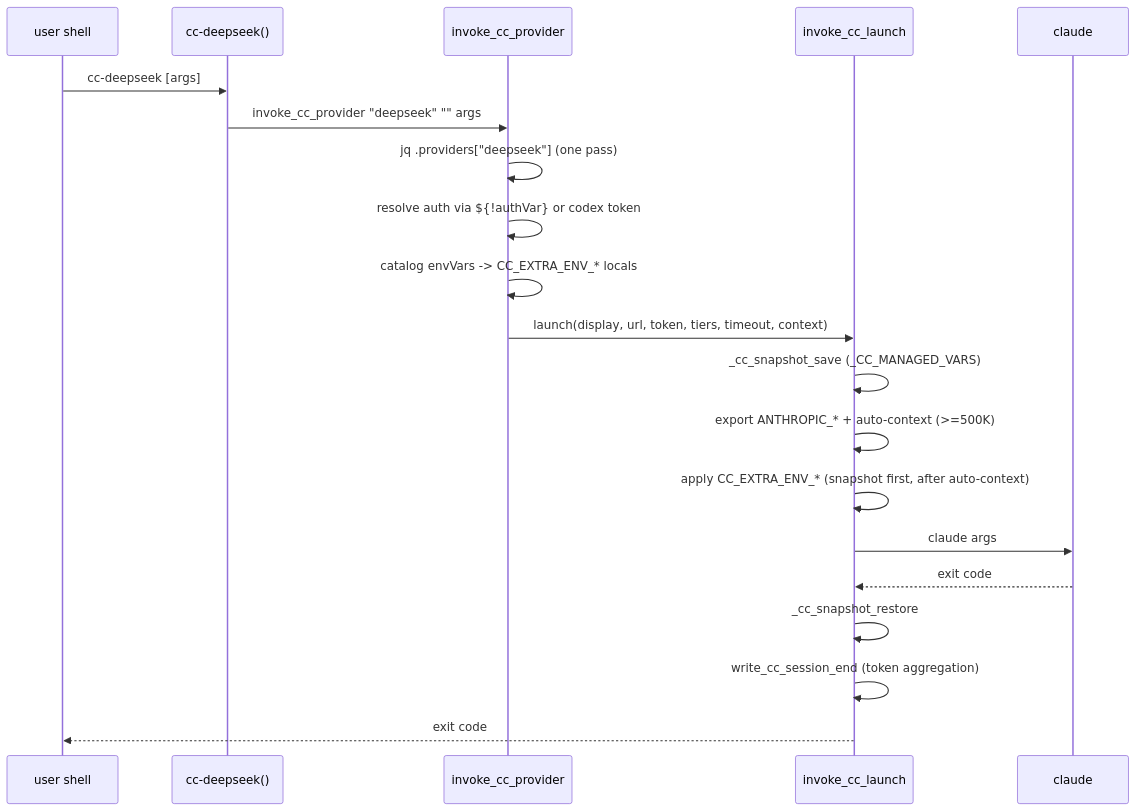
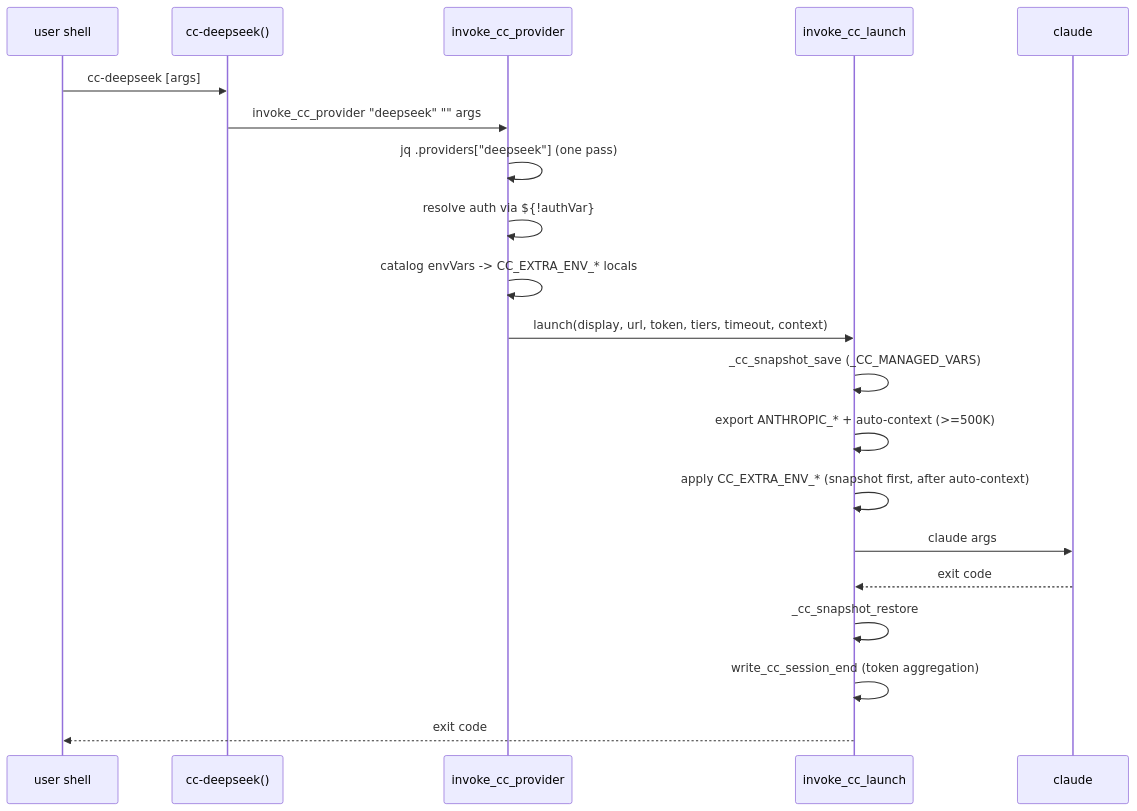
The second of 2 diagrams in docs/architecture.md (jimstratus/cc-switcher), drawn with Mermaid before and after one commit. The commit also changed other lines of this file and 19 other files, not shown here.

````diff
--- a/docs/architecture.md
+++ b/docs/architecture.md
@@ -200,23 +197,23 @@
 ```mermaid
 sequenceDiagram
     participant U as user shell
     participant W as cc-deepseek()
     participant P as invoke_cc_provider
     participant L as invoke_cc_launch
     participant C as claude
 
     U->>W: cc-deepseek [args]
     W->>P: invoke_cc_provider "deepseek" "" args
     P->>P: jq .providers["deepseek"] (one pass)
-    P->>P: resolve auth via ${!authVar} or codex token
+    P->>P: resolve auth via ${!authVar}
     P->>P: catalog envVars -> CC_EXTRA_ENV_* locals
     P->>L: launch(display, url, token, tiers, timeout, context)
     L->>L: _cc_snapshot_save (_CC_MANAGED_VARS)
     L->>L: export ANTHROPIC_* + auto-context (>=500K)
     L->>L: apply CC_EXTRA_ENV_* (snapshot first, after auto-context)
     L->>C: claude args
     C-->>L: exit code
     L->>L: _cc_snapshot_restore
     L->>L: write_cc_session_end (token aggregation)
     L-->>U: exit code
 ```
````
